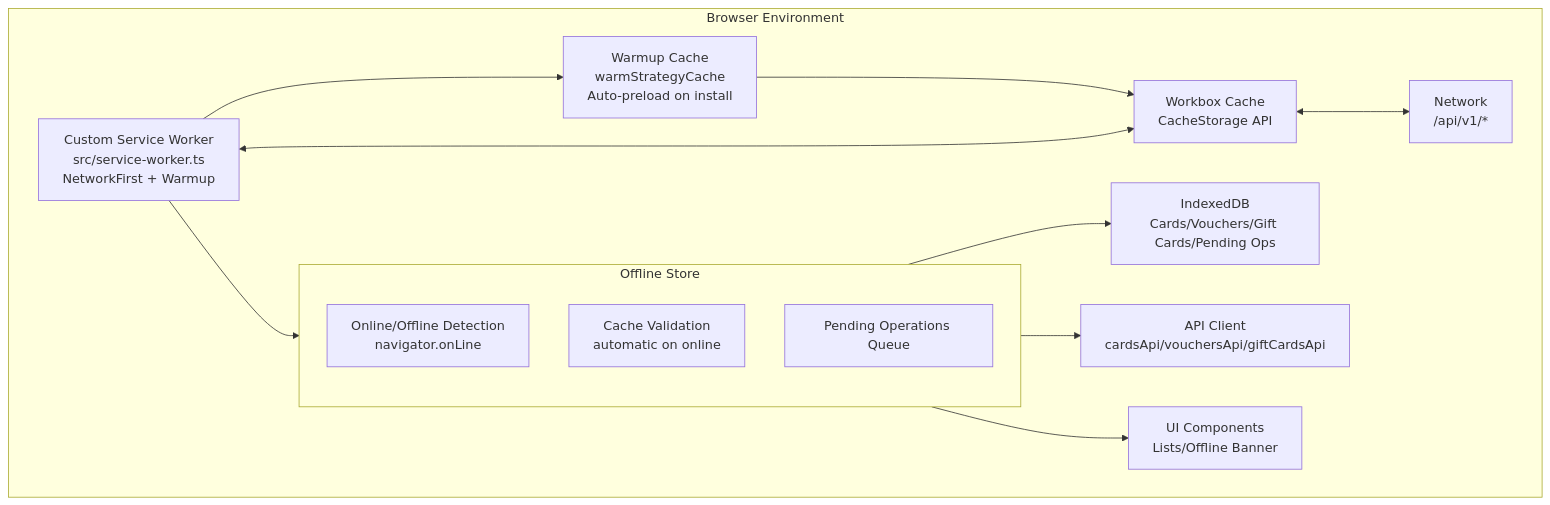
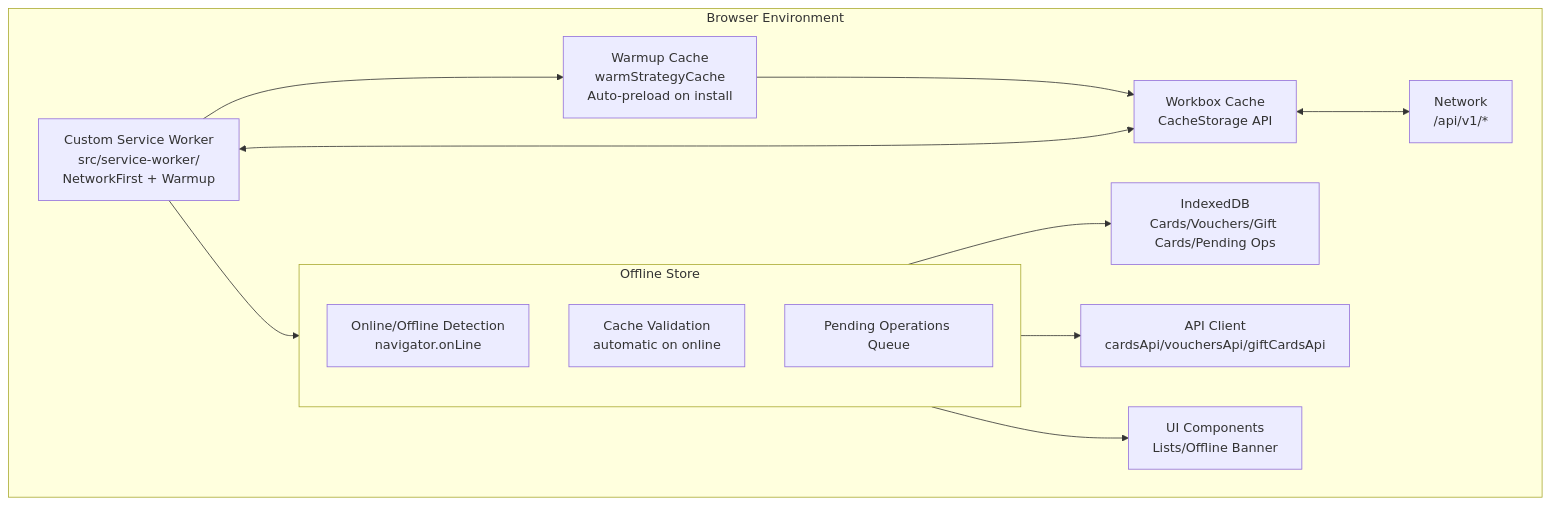
One commit to sbaerlocher/savvy changed the diagram in AGENTS.md. Above: the diagram before and after it, drawn with Mermaid. The commit also changed other lines of this file and 174 other files, not shown here.

````diff
--- a/AGENTS.md
+++ b/AGENTS.md
@@ -526,28 +526,28 @@
 ```mermaid
 graph TB
     subgraph Browser["Browser Environment"]
-        SW[Custom Service Worker<br/>src/service-worker.ts<br/>NetworkFirst + Warmup]
+        SW[Custom Service Worker<br/>src/service-worker/<br/>NetworkFirst + Warmup]
         WB[Workbox Cache<br/>CacheStorage API]
         WARM[Warmup Cache<br/>warmStrategyCache<br/>Auto-preload on install]
         NET[Network<br/>/api/v1/*]
 
         subgraph OS["Offline Store"]
             OSD[Online/Offline Detection<br/>navigator.onLine]
             CV[Cache Validation<br/>automatic on online]
             POQ[Pending Operations Queue]
         end
 
         IDB[IndexedDB<br/>Cards/Vouchers/Gift Cards/Pending Ops]
         API[API Client<br/>cardsApi/vouchersApi/giftCardsApi]
         UI[UI Components<br/>Lists/Offline Banner]
     end
 
     SW --> WARM
     WARM --> WB
     SW <--> WB
     WB <--> NET
     SW --> OS
     OS --> IDB
     OS --> API
     OS --> UI
 ```
````
